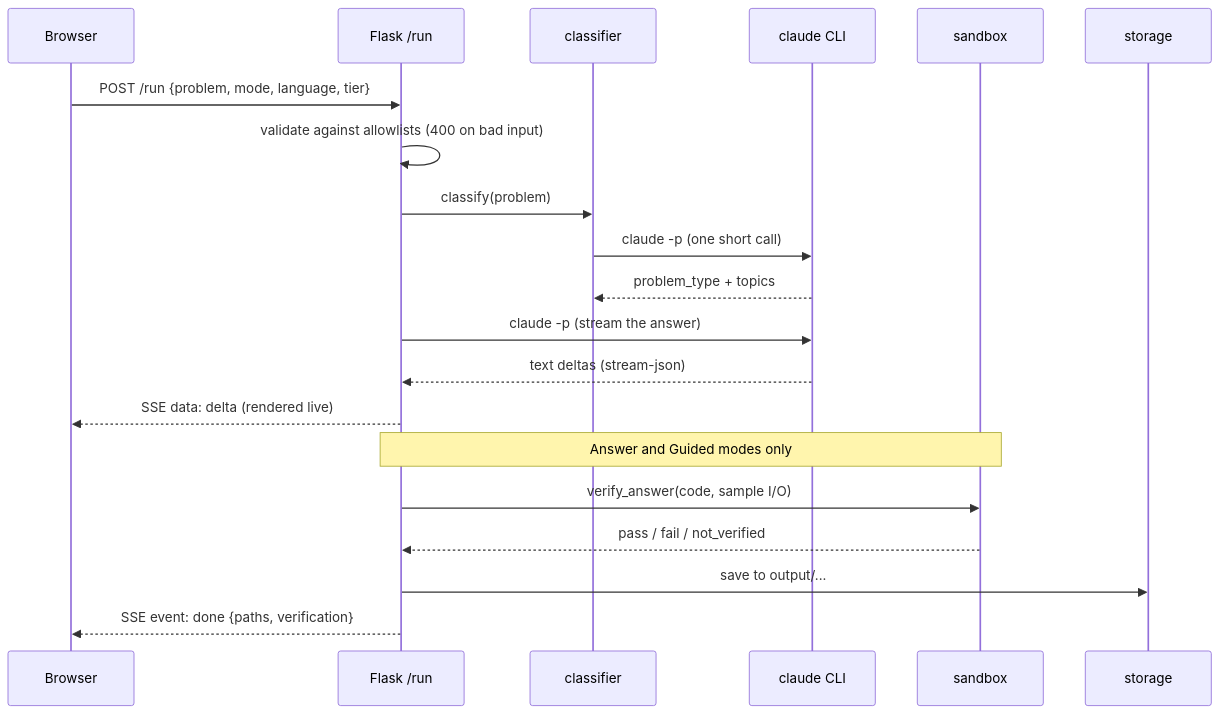
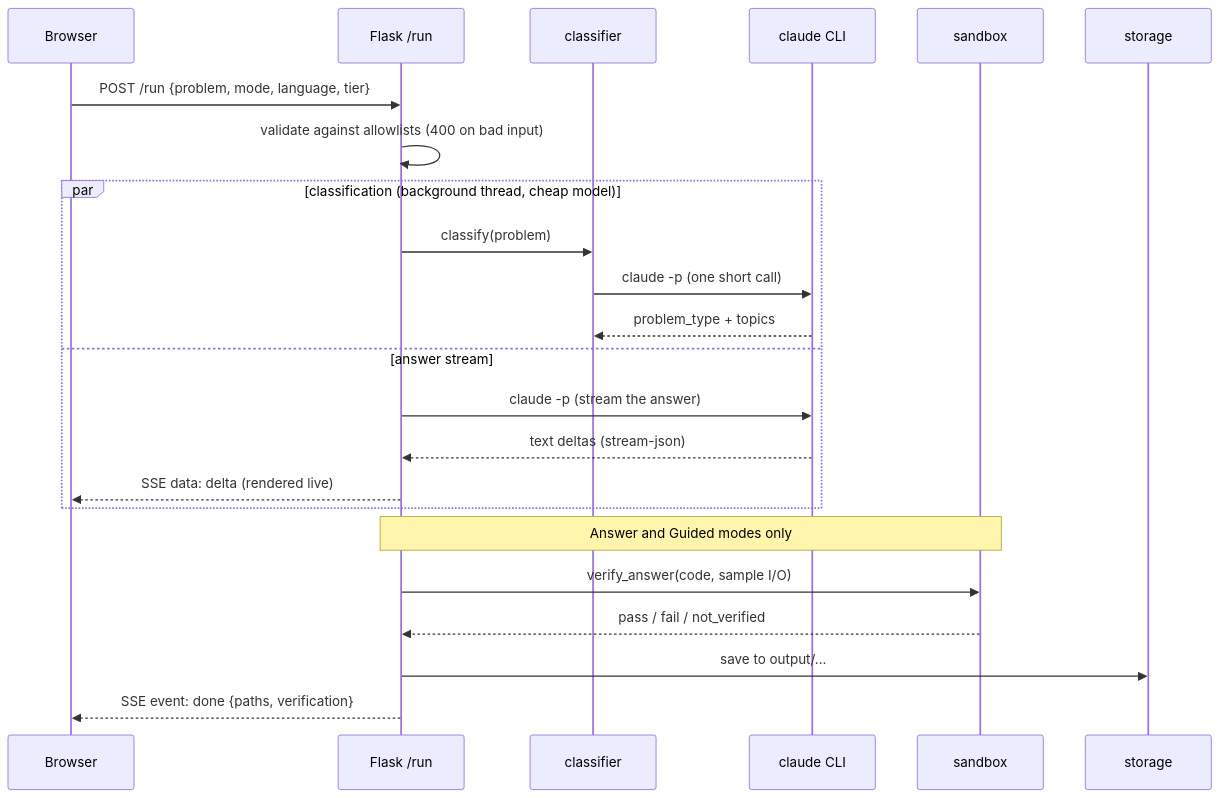
The second of 2 diagrams in docs/ARCHITECTURE.md (yib7/LeetCoach), drawn with Mermaid before and after one commit. The commit also changed other lines of this file and 4 other files, not shown here.

````diff
--- a/docs/ARCHITECTURE.md
+++ b/docs/ARCHITECTURE.md
@@ -52,23 +55,26 @@
 ```mermaid
 sequenceDiagram
     participant U as Browser
     participant F as Flask /run
     participant CL as classifier
     participant CC as claude CLI
     participant SB as sandbox
     participant ST as storage
 
     U->>F: POST /run {problem, mode, language, tier}
     F->>F: validate against allowlists (400 on bad input)
-    F->>CL: classify(problem)
-    CL->>CC: claude -p (one short call)
-    CC-->>CL: problem_type + topics
-    F->>CC: claude -p (stream the answer)
-    CC-->>F: text deltas (stream-json)
-    F-->>U: SSE data: delta (rendered live)
+    par classification (background thread, cheap model)
+        F->>CL: classify(problem)
+        CL->>CC: claude -p (one short call)
+        CC-->>CL: problem_type + topics
+    and answer stream
+        F->>CC: claude -p (stream the answer)
+        CC-->>F: text deltas (stream-json)
+        F-->>U: SSE data: delta (rendered live)
+    end
     Note over F,SB: Answer and Guided modes only
     F->>SB: verify_answer(code, sample I/O)
     SB-->>F: pass / fail / not_verified
     F->>ST: save to output/...
     F-->>U: SSE event: done {paths, verification}
 ```
````
